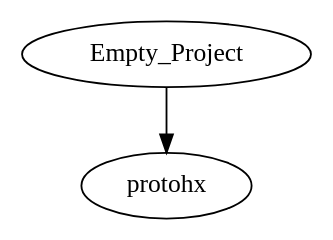
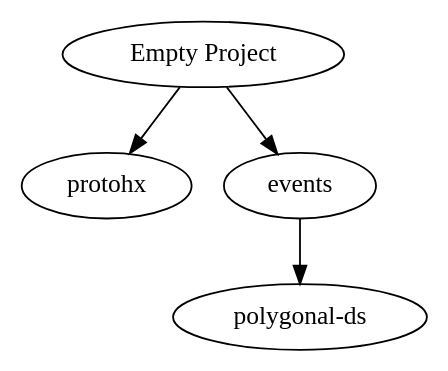
Before and after one commit to gameduell/duell: the diagram in bin/graphviz/dotFile.dot, drawn with Graphviz. The commit also changed 8 other files, not shown here.

```diff
--- a/bin/graphviz/dotFile.dot
+++ b/bin/graphviz/dotFile.dot
@@ -1,3 +1,5 @@
 digraph G {
-    Empty_Project -> protohx;
+    "Empty Project" -> "protohx";
+    "Empty Project" -> "events";
+    "events" -> "polygonal-ds";
 }
```
